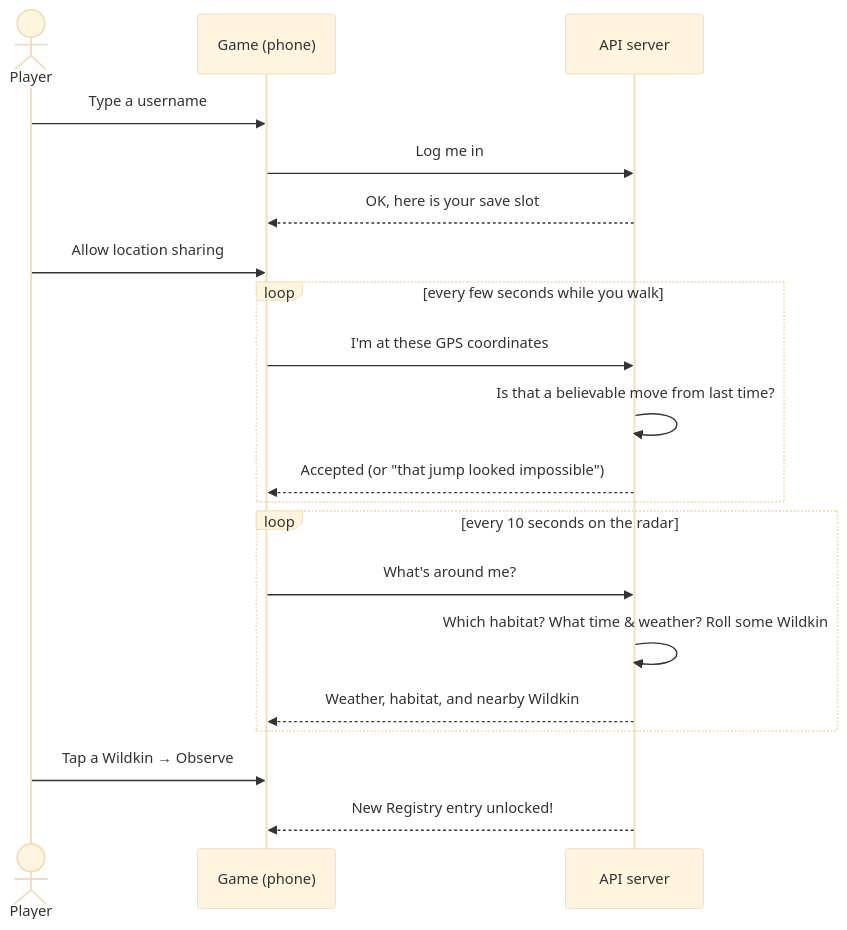
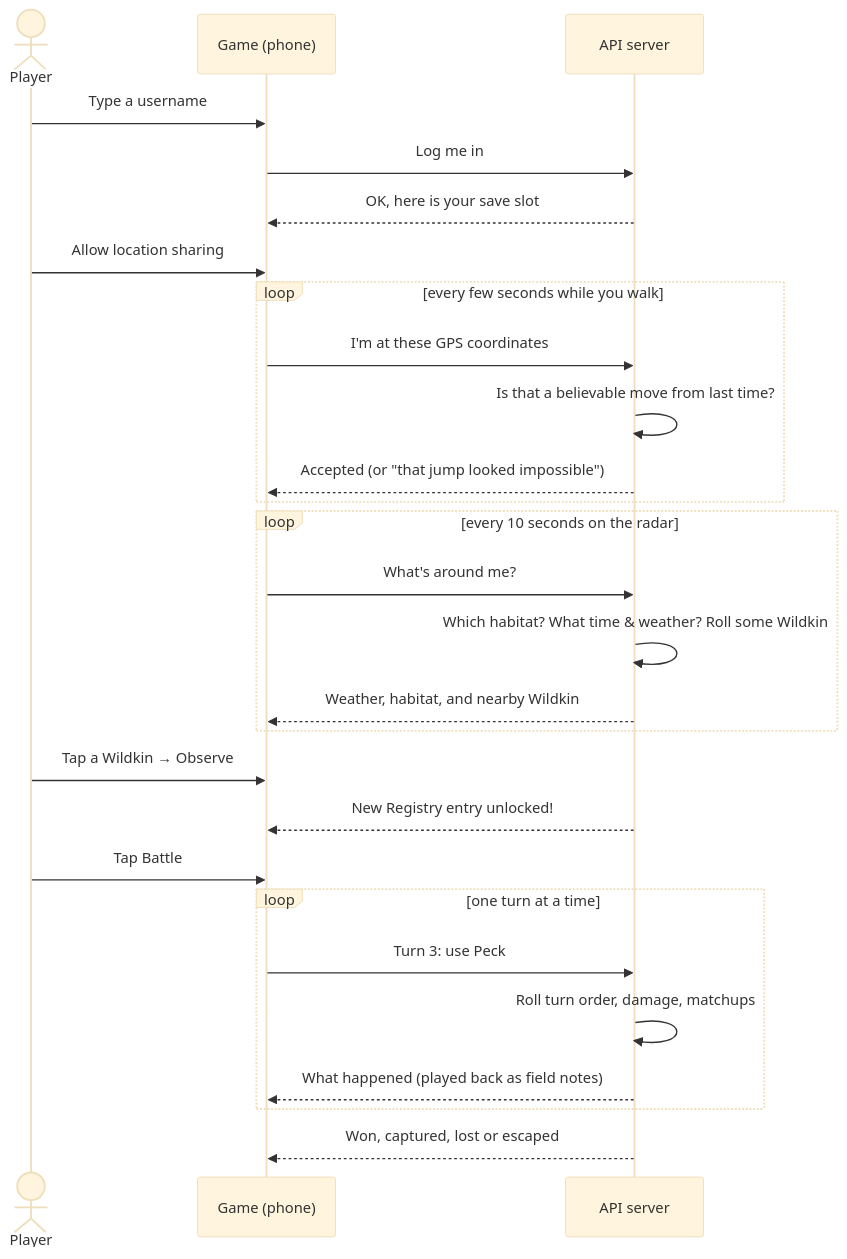
Before and after one commit to samceracas/wildbound: the fourth of 4 diagrams in docs/00-plain-english-overview.md, drawn with Mermaid (base theme). The commit also changed other lines of this file and 7 other files, not shown here.

````diff
--- a/docs/00-plain-english-overview.md
+++ b/docs/00-plain-english-overview.md
@@ -108,22 +118,29 @@
 ```mermaid
 sequenceDiagram
     actor P as Player
     participant G as Game (phone)
     participant S as API server
     P->>G: Type a username
     G->>S: Log me in
     S-->>G: OK, here is your save slot
     P->>G: Allow location sharing
     loop every few seconds while you walk
         G->>S: I'm at these GPS coordinates
         S->>S: Is that a believable move from last time?
         S-->>G: Accepted (or "that jump looked impossible")
     end
     loop every 10 seconds on the radar
         G->>S: What's around me?
         S->>S: Which habitat? What time & weather? Roll some Wildkin
         S-->>G: Weather, habitat, and nearby Wildkin
     end
     P->>G: Tap a Wildkin → Observe
     S-->>G: New Registry entry unlocked!
+    P->>G: Tap Battle
+    loop one turn at a time
+        G->>S: Turn 3: use Peck
+        S->>S: Roll turn order, damage, matchups
+        S-->>G: What happened (played back as field notes)
+    end
+    S-->>G: Won, captured, lost or escaped
 ```
````
